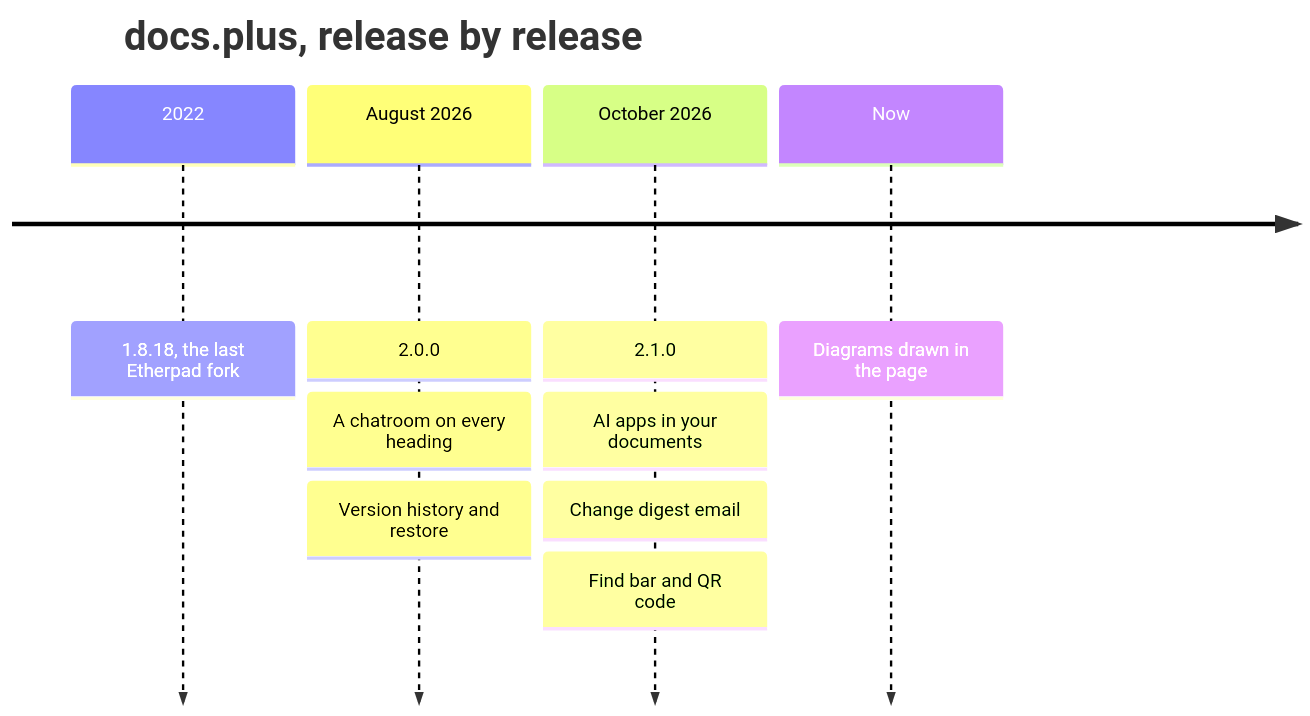
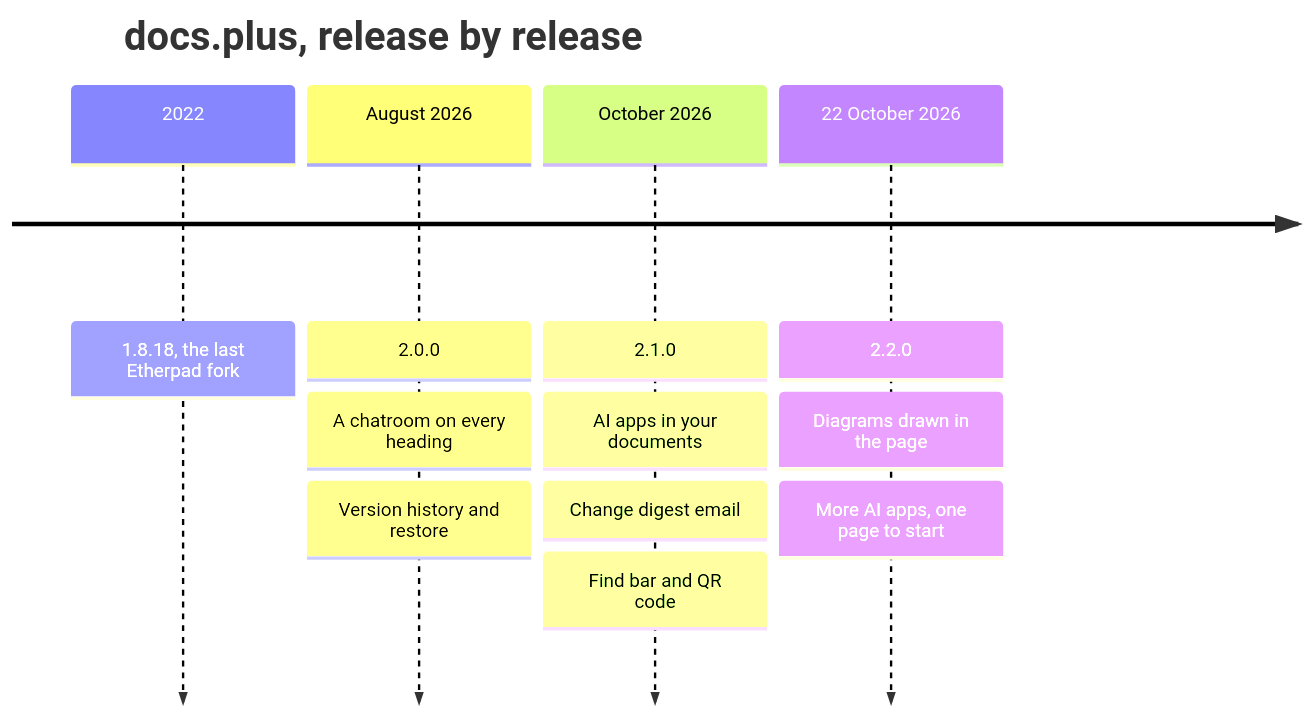
One commit to docs-plus/docs.plus changed the fourth of 7 diagrams in docs/DEMO.md. Above: the diagram before and after it, drawn with Mermaid. The commit also changed other lines of this file and 4 other files, not shown here.

````diff
--- a/docs/DEMO.md
+++ b/docs/DEMO.md
@@ -530,8 +530,8 @@
 ```mermaid
 timeline
   title docs.plus, release by release
   2022 : 1.8.18, the last Etherpad fork
   August 2026 : 2.0.0 : A chatroom on every heading : Version history and restore
   October 2026 : 2.1.0 : AI apps in your documents : Change digest email : Find bar and QR code
-  Now : Diagrams drawn in the page
+  22 October 2026 : 2.2.0 : Diagrams drawn in the page : More AI apps, one page to start
 ```
````
